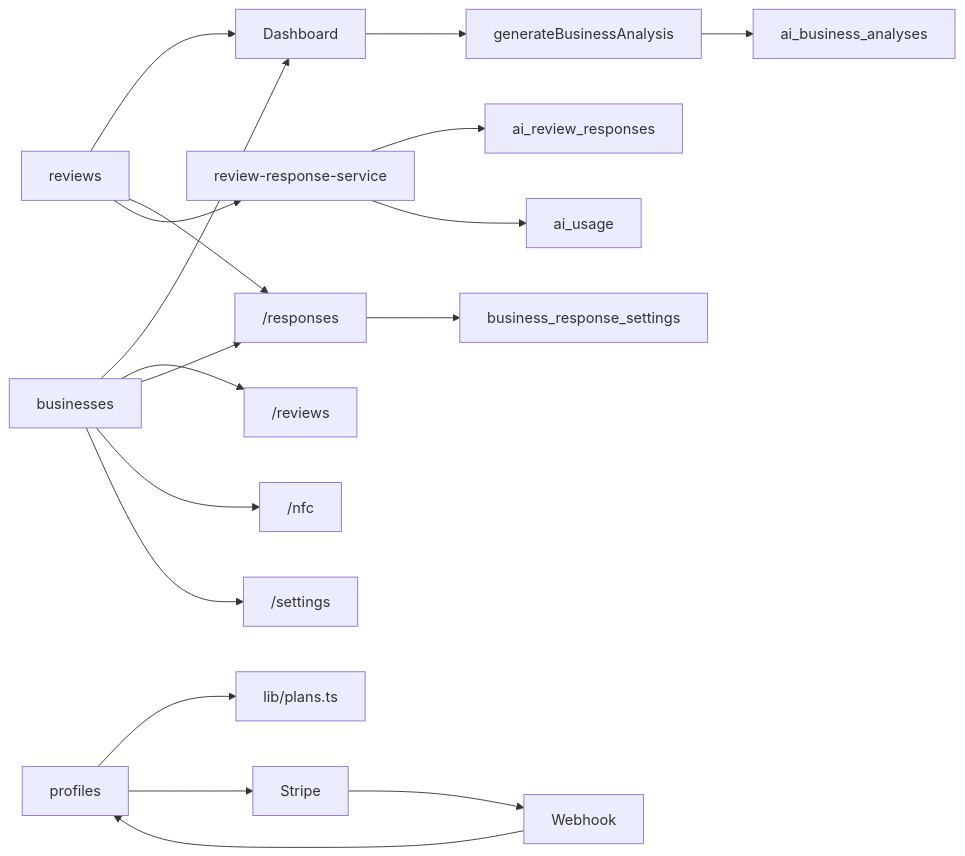
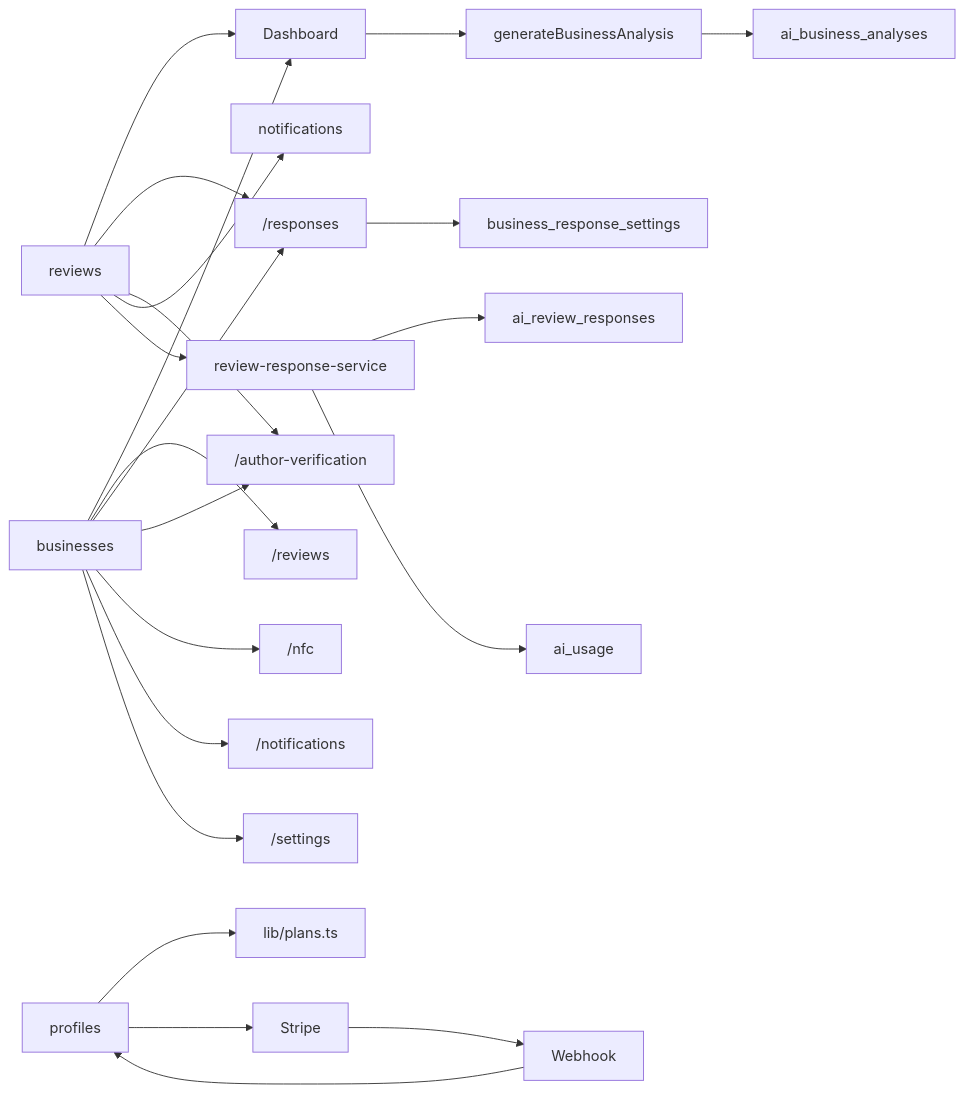
The second of 2 diagrams in docs/obsidian/Development/Architektura.md (FabianDziekan/Nuvorate), drawn with Mermaid before and after one commit. The commit also changed other lines of this file and 50 other files, not shown here.

````diff
--- a/docs/obsidian/Development/Architektura.md
+++ b/docs/obsidian/Development/Architektura.md
@@ -80,20 +84,24 @@
 ```mermaid
 flowchart LR
   Profiles["profiles"] --> Plans["lib/plans.ts"]
   Profiles --> StripeModule["Stripe"]
   Businesses["businesses"] --> Dashboard
   Businesses --> ReviewsPage["/reviews"]
   Businesses --> ResponsesPage["/responses"]
+  Businesses --> AuthorVerification["/author-verification"]
   Businesses --> Nfc["/nfc"]
+  Businesses --> NotificationsPage["/notifications"]
   Businesses --> Settings["/settings"]
   Reviews["reviews"] --> Dashboard
   Reviews --> ResponsesPage
+  Reviews --> AuthorVerification
+  Reviews --> Notifications["notifications"]
   ResponsesPage --> ResponseSettings["business_response_settings"]
   Reviews --> OpenAIService["review-response-service"]
   OpenAIService --> ReviewResponses["ai_review_responses"]
   OpenAIService --> Usage["ai_usage"]
   Dashboard --> AnalysisAction["generateBusinessAnalysis"]
   AnalysisAction --> BusinessAnalyses["ai_business_analyses"]
   StripeModule --> Webhook
   Webhook --> Profiles
 ```
````
